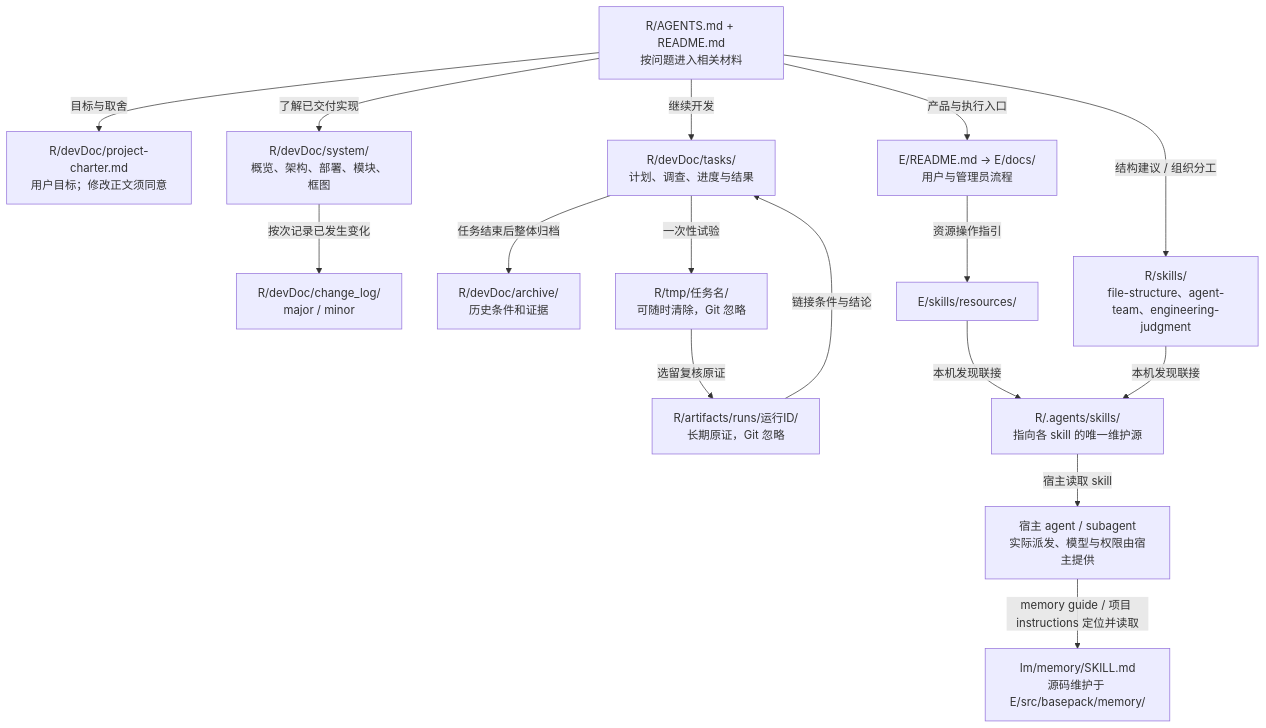
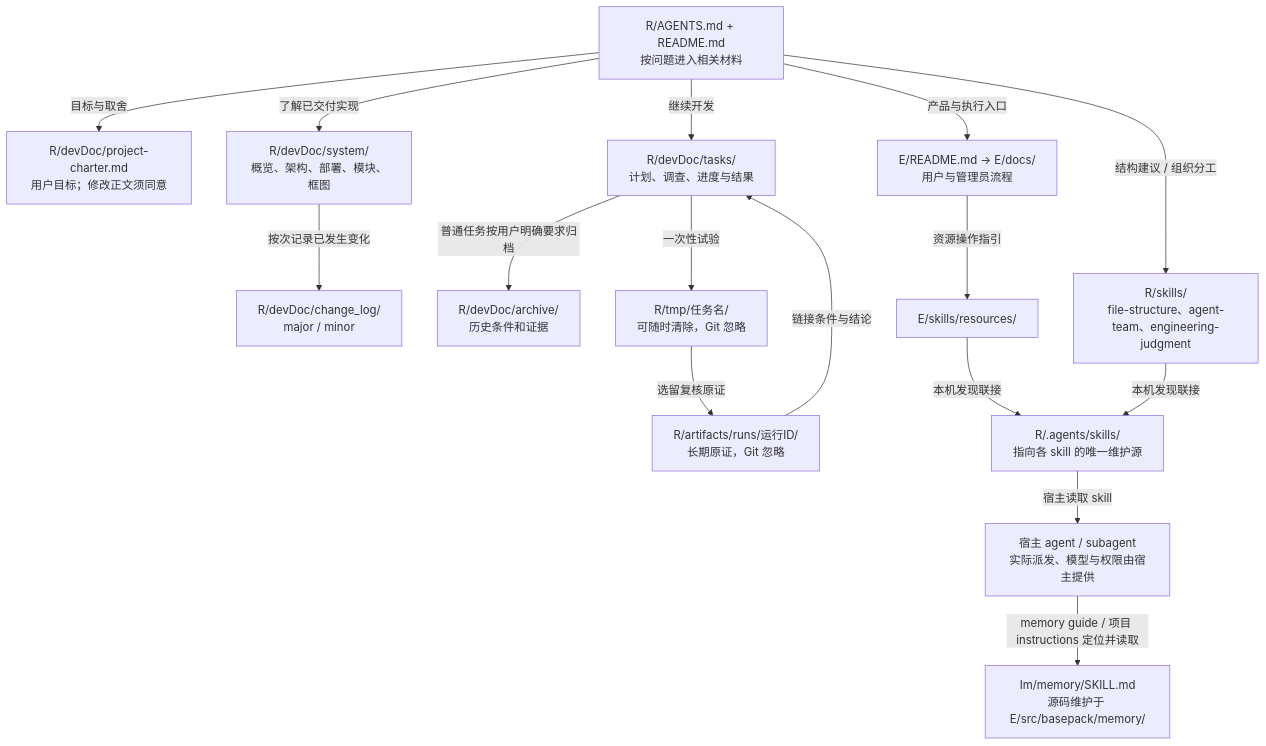
Before and after one commit to YS-Pan/basePack: the eighth of 8 diagrams in devDoc/system/diagrams.md, drawn with Mermaid. The commit also changed other lines of this file and 9 other files, not shown here.

````diff
--- a/devDoc/system/diagrams.md
+++ b/devDoc/system/diagrams.md
@@ -215,19 +215,19 @@
 ```mermaid
 flowchart TB
   entry["R/AGENTS.md + README.md<br/>按问题进入相关材料"]
   entry -->|目标与取舍| charter["R/devDoc/project-charter.md<br/>用户目标；修改正文须同意"]
   entry -->|了解已交付实现| system["R/devDoc/system/<br/>概览、架构、部署、模块、框图"]
   entry -->|继续开发| tasks["R/devDoc/tasks/<br/>计划、调查、进度与结果"]
-  tasks -->|任务结束后整体归档| archive["R/devDoc/archive/<br/>历史条件和证据"]
+  tasks -->|普通任务按用户明确要求归档| archive["R/devDoc/archive/<br/>历史条件和证据"]
   entry -->|产品与执行入口| route["E/README.md → E/docs/<br/>用户与管理员流程"]
   entry -->|结构建议 / 组织分工| general["R/skills/<br/>file-structure、agent-team、engineering-judgment"]
   route -->|资源操作指引| resources["E/skills/resources/"]
   general -->|本机发现联接| junction["R/.agents/skills/<br/>指向各 skill 的唯一维护源"]
   resources -->|本机发现联接| junction
   junction -->|宿主读取 skill| host["宿主 agent / subagent<br/>实际派发、模型与权限由宿主提供"]
   host -->|memory guide / 项目 instructions 定位并读取| memory["Im/memory/SKILL.md<br/>源码维护于 E/src/basepack/memory/"]
   tasks -->|一次性试验| temp["R/tmp/任务名/<br/>可随时清除，Git 忽略"]
   temp -->|选留复核原证| evidence["R/artifacts/runs/运行ID/<br/>长期原证，Git 忽略"]
   evidence -->|链接条件与结论| tasks
   system -->|按次记录已发生变化| changes["R/devDoc/change_log/<br/>major / minor"]
 ```
````
